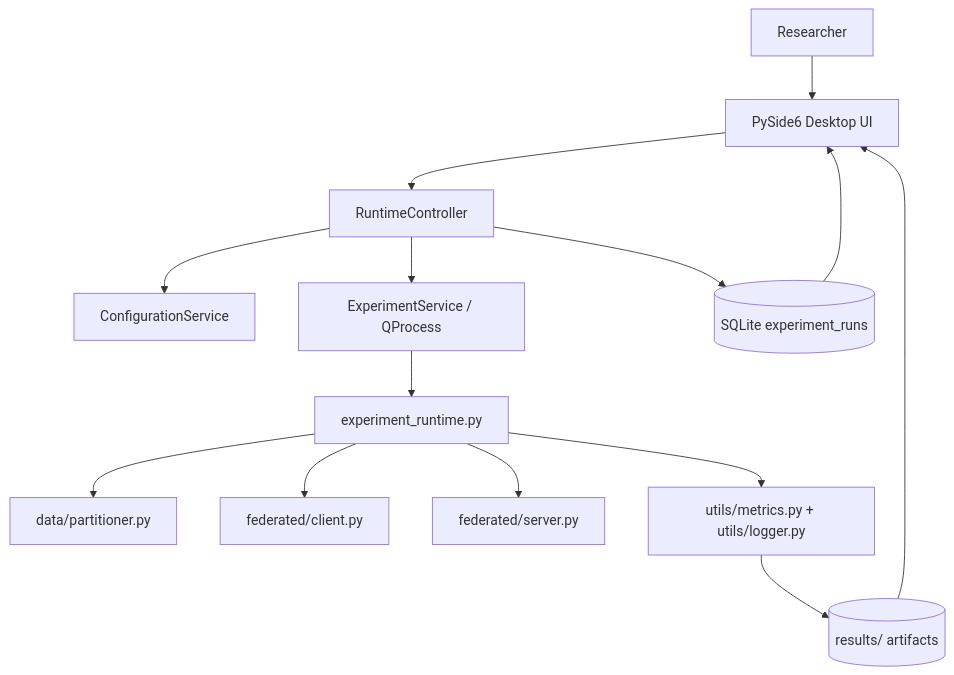
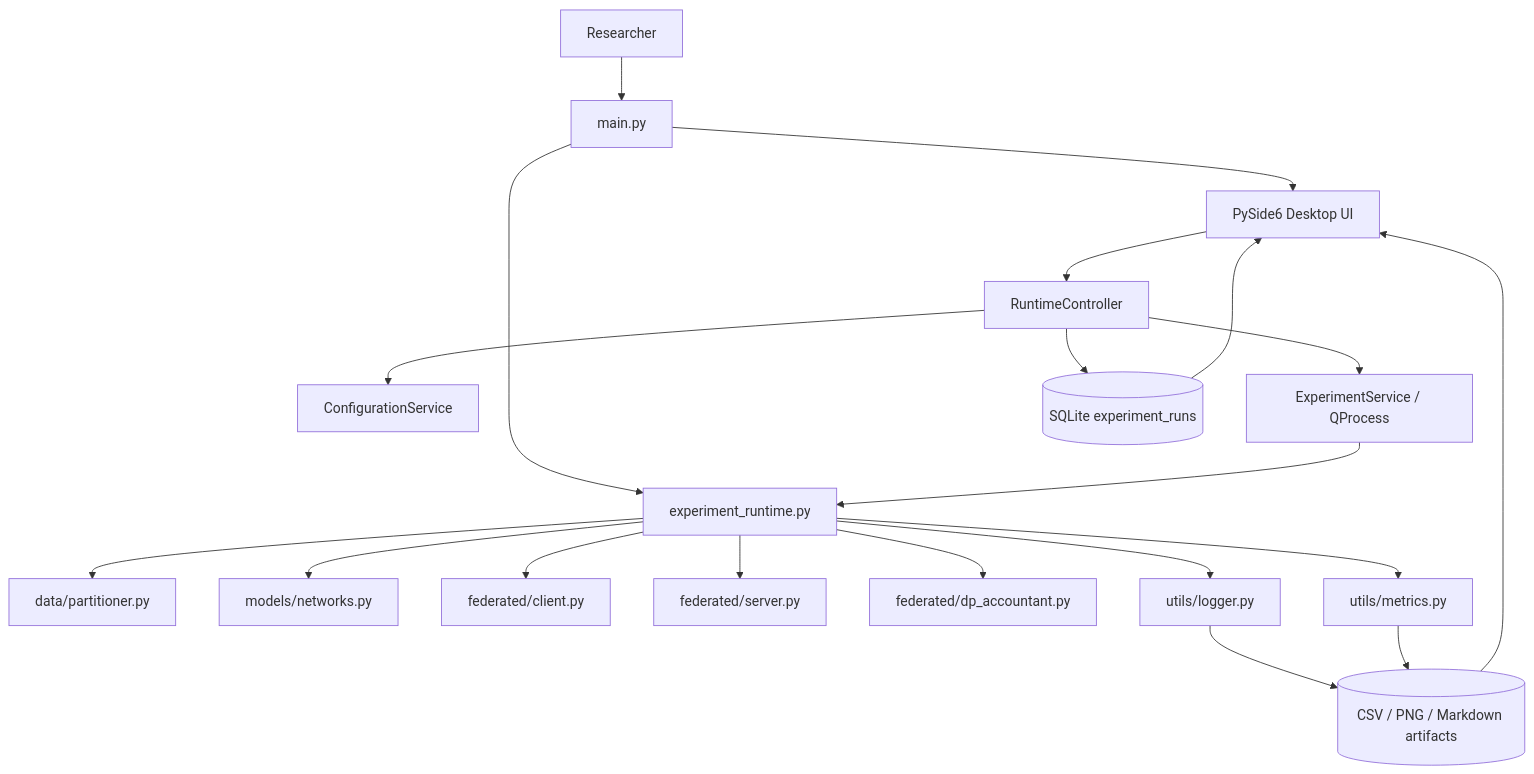
Before and after one commit to smshagor-dev/Federated-Learning-on-Non-IID-Data-Differential-Privacy: the first of 4 diagrams in README.md, drawn with Mermaid. The commit also changed other lines of this file, not shown here.

````diff
--- a/README.md
+++ b/README.md
@@ -433,29 +190,39 @@
 ```mermaid
 flowchart TB
-    User[Researcher]
-    UI[PySide6 Desktop UI]
+    Researcher[Researcher]
+    Main[main.py]
+    Desktop[PySide6 Desktop UI]
     Controller[RuntimeController]
     Config[ConfigurationService]
-    Proc[ExperimentService / QProcess]
+    Process[ExperimentService / QProcess]
     CLI[experiment_runtime.py]
     Data[data/partitioner.py]
-    Client[federated/client.py]
+    Model[models/networks.py]
+    Clients[federated/client.py]
     Server[federated/server.py]
-    Metrics[utils/metrics.py + utils/logger.py]
-    Files[(results/ artifacts)]
-    DB[(SQLite experiment_runs)]
+    Accountant[federated/dp_accountant.py]
+    Metrics[utils/metrics.py]
+    Logger[utils/logger.py]
+    Results[(CSV / PNG / Markdown artifacts)]
+    History[(SQLite experiment_runs)]
 
-    User --> UI
-    UI --> Controller
+    Researcher --> Main
+    Main --> Desktop
+    Main --> CLI
+    Desktop --> Controller
     Controller --> Config
-    Controller --> Proc
-    Proc --> CLI
+    Controller --> Process
+    Process --> CLI
     CLI --> Data
-    CLI --> Client
+    CLI --> Model
+    CLI --> Clients
     CLI --> Server
+    CLI --> Accountant
     CLI --> Metrics
-    Metrics --> Files
-    Controller --> DB
-    Files --> UI
-    DB --> UI
+    CLI --> Logger
+    Logger --> Results
+    Metrics --> Results
+    Controller --> History
+    Results --> Desktop
+    History --> Desktop
 ```
````
